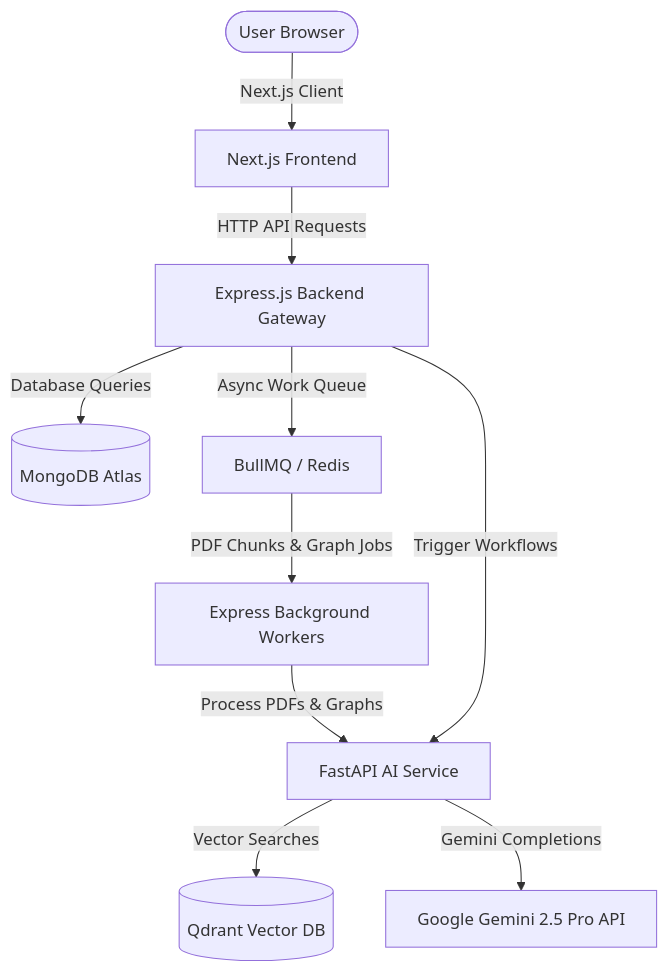
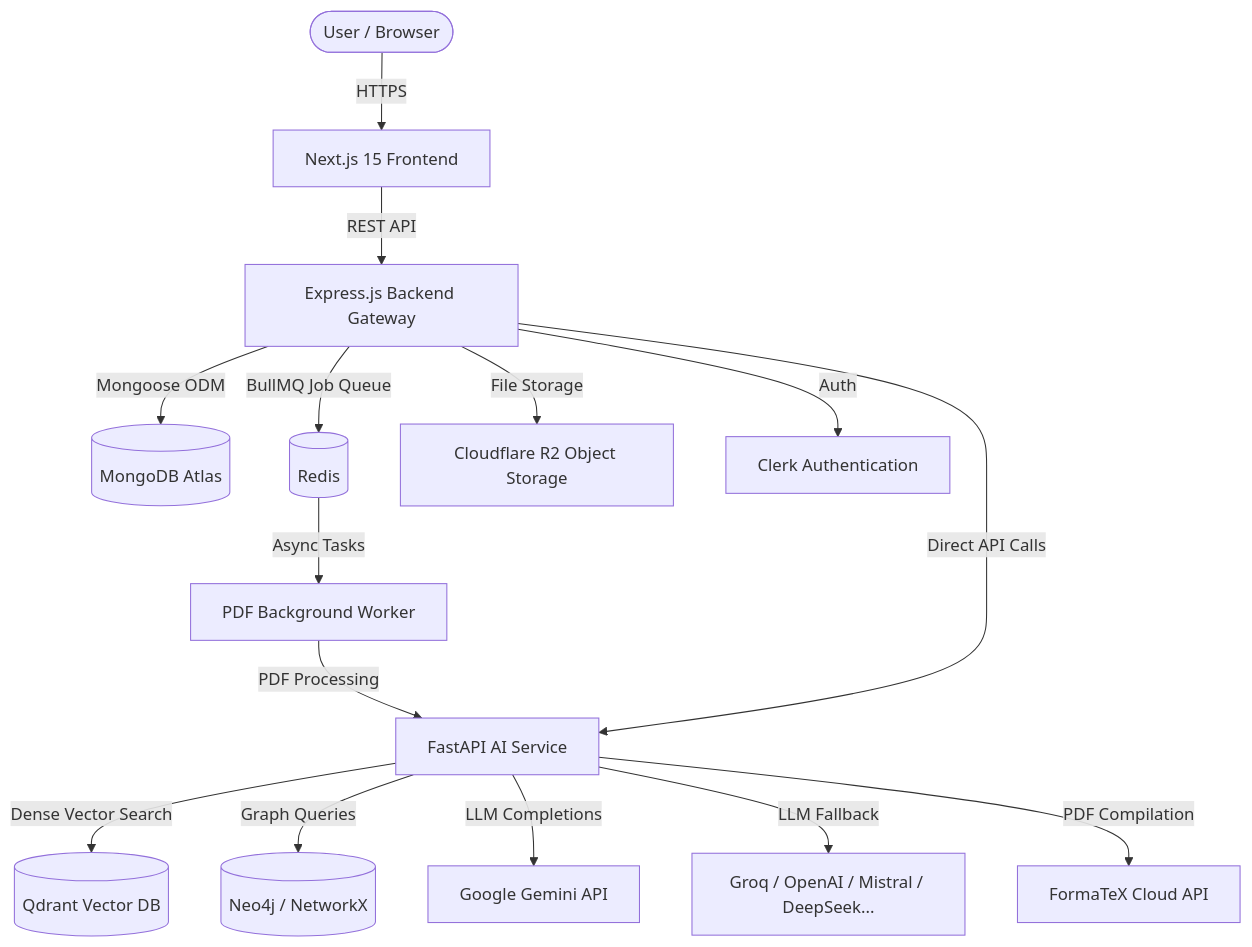
One commit to Architag1503/ResearcherGPT changed the first of 7 diagrams in README.md. Above: the diagram before and after it, drawn with Mermaid. The commit also changed other lines of this file, not shown here.

````diff
--- a/README.md
+++ b/README.md
@@ -11,12 +88,17 @@
 ```mermaid
 graph TD
-    User([User Browser]) -->|Next.js Client| WebApp[Next.js Frontend]
-    WebApp -->|HTTP API Requests| ExpressGateway[Express.js Backend Gateway]
-    ExpressGateway -->|Database Queries| MongoDB[(MongoDB Atlas)]
-    ExpressGateway -->|Async Work Queue| BullMQ[BullMQ / Redis]
-    BullMQ -->|PDF Chunks & Graph Jobs| ExpressWorkers[Express Background Workers]
-    ExpressWorkers -->|Process PDFs & Graphs| FastAPI[FastAPI AI Service]
-    ExpressGateway -->|Trigger Workflows| FastAPI
-    FastAPI -->|Vector Searches| Qdrant[(Qdrant Vector DB)]
-    FastAPI -->|Gemini Completions| GeminiAPI[Google Gemini 2.5 Pro API]
+    User([User / Browser]) -->|HTTPS| Client[Next.js 15 Frontend]
+    Client -->|REST API| Gateway[Express.js Backend Gateway]
+    Gateway -->|Mongoose ODM| MongoDB[(MongoDB Atlas)]
+    Gateway -->|BullMQ Job Queue| Redis[(Redis)]
+    Redis -->|Async Tasks| PDFWorker[PDF Background Worker]
+    PDFWorker -->|PDF Processing| AIService[FastAPI AI Service]
+    Gateway -->|Direct API Calls| AIService
+    AIService -->|Dense Vector Search| Qdrant[(Qdrant Vector DB)]
+    AIService -->|Graph Queries| Neo4j[(Neo4j / NetworkX)]
+    AIService -->|LLM Completions| Gemini[Google Gemini API]
+    AIService -->|LLM Fallback| Groq[Groq / OpenAI / Mistral / DeepSeek...]
+    AIService -->|PDF Compilation| FormaTeX[FormaTeX Cloud API]
+    Gateway -->|File Storage| R2[Cloudflare R2 Object Storage]
+    Gateway -->|Auth| Clerk[Clerk Authentication]
 ```
````
